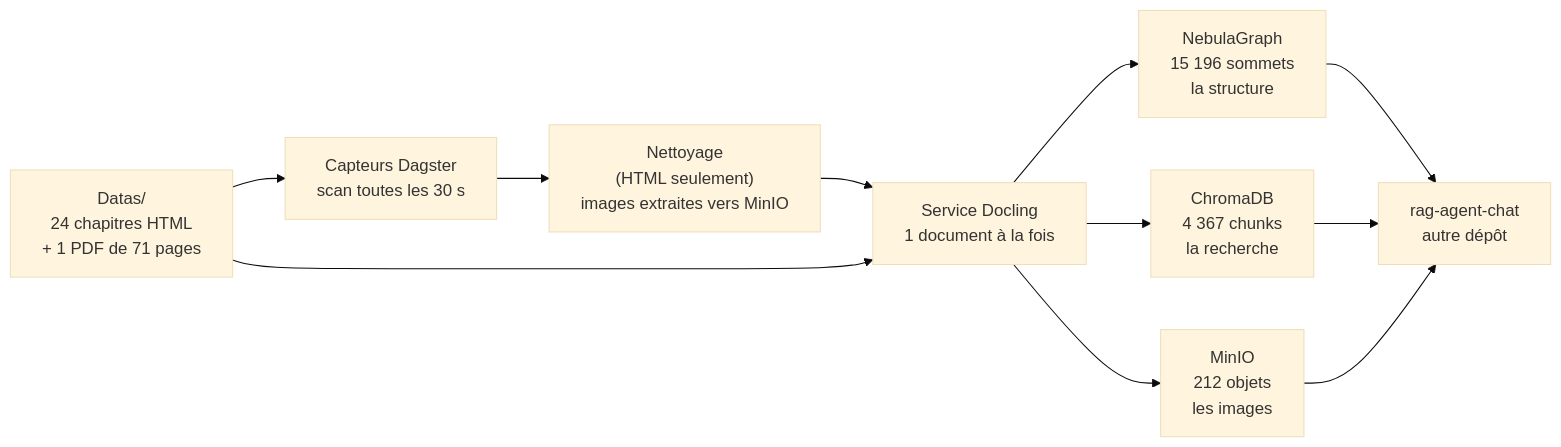
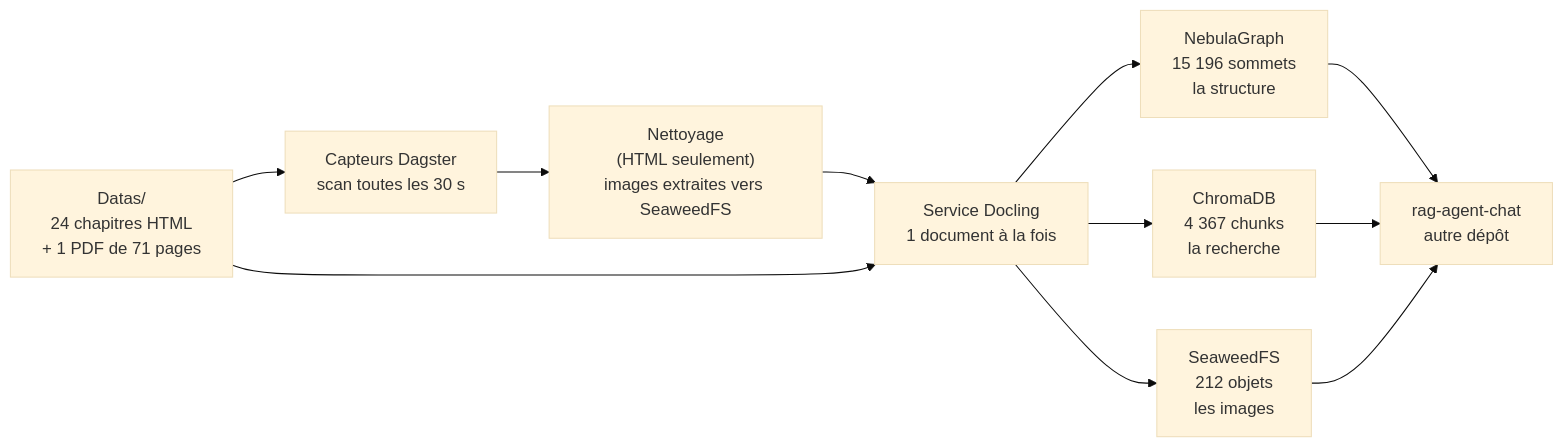
Before and after one commit to floSa/rag-ingestion-pipeline: the diagram in documentation/etat_des_lieux.md, drawn with Mermaid (base theme). The commit also changed other lines of this file and 2 other files, not shown here.

````diff
--- a/documentation/etat_des_lieux.md
+++ b/documentation/etat_des_lieux.md
@@ -30,13 +33,13 @@
 ```mermaid
 flowchart LR
     A["Datas/<br/>24 chapitres HTML<br/>+ 1 PDF de 71 pages"] --> S["Capteurs Dagster<br/>scan toutes les 30 s"]
-    S --> C["Nettoyage<br/>(HTML seulement)<br/>images extraites vers MinIO"]
+    S --> C["Nettoyage<br/>(HTML seulement)<br/>images extraites vers SeaweedFS"]
     C --> D["Service Docling<br/>1 document à la fois"]
     A --> D
     D --> N["NebulaGraph<br/>15 196 sommets<br/>la structure"]
     D --> V["ChromaDB<br/>4 367 chunks<br/>la recherche"]
-    D --> M["MinIO<br/>212 objets<br/>les images"]
+    D --> M["SeaweedFS<br/>212 objets<br/>les images"]
     N --> AG["rag-agent-chat<br/>autre dépôt"]
     V --> AG
     M --> AG
 ```
````
